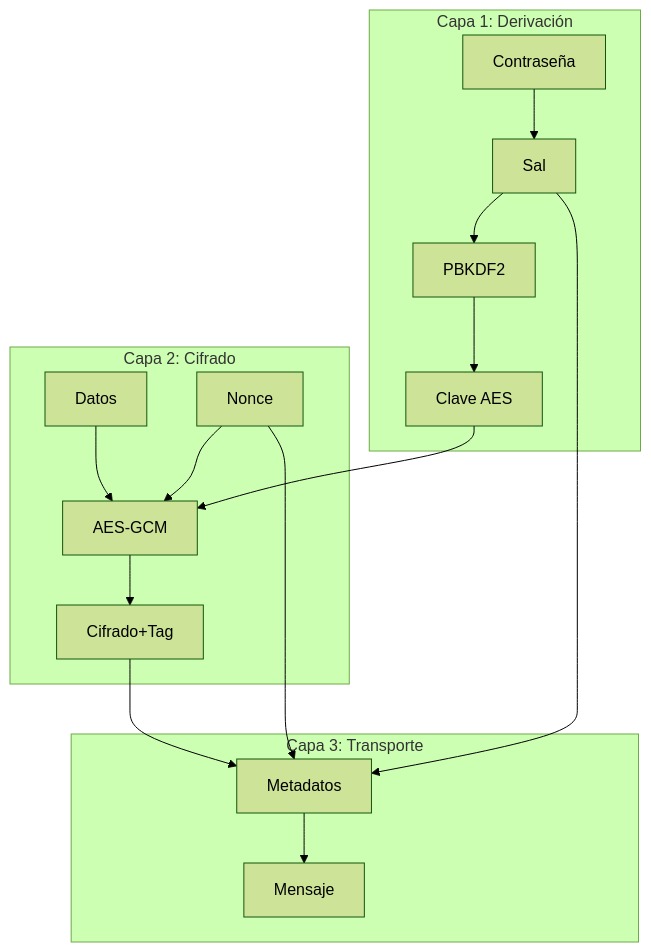
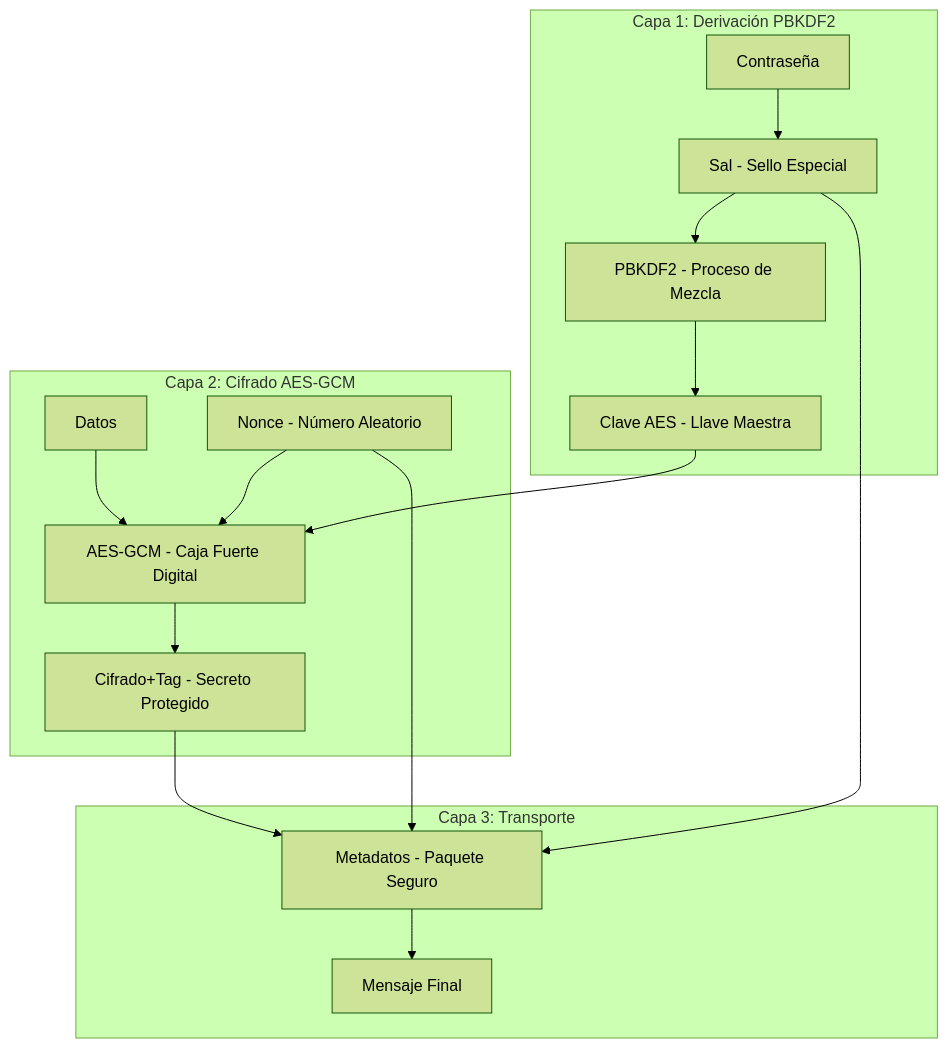
One commit to infantesromeroadrian/Encryption-CAOS-V4-Algorithms changed the first of 7 diagrams in docs/CAOS_V4_Diagrams.md. Above: the diagram before and after it, drawn with Mermaid (forest theme). The commit also changed other lines of this file and 123 other files, not shown here.

````diff
--- a/docs/CAOS_V4_Diagrams.md
+++ b/docs/CAOS_V4_Diagrams.md
@@ -7,22 +5,22 @@
 ```mermaid
 flowchart TD
-    subgraph "Capa 1: Derivación"
-        A[Contraseña] --> B[Sal]
-        B --> C[PBKDF2]
-        C --> D[Clave AES]
+    subgraph "Capa 1: Derivación PBKDF2"
+        A[Contraseña] --> B[Sal - Sello Especial]
+        B --> C[PBKDF2 - Proceso de Mezcla]
+        C --> D[Clave AES - Llave Maestra]
     end
     
-    subgraph "Capa 2: Cifrado"
-        E[Datos] --> F[AES-GCM]
+    subgraph "Capa 2: Cifrado AES-GCM"
+        E[Datos] --> F[AES-GCM - Caja Fuerte Digital]
         D --> F
-        G[Nonce] --> F
-        F --> H[Cifrado+Tag]
+        G[Nonce - Número Aleatorio] --> F
+        F --> H[Cifrado+Tag - Secreto Protegido]
     end
     
     subgraph "Capa 3: Transporte"
-        B --> I[Metadatos]
+        B --> I[Metadatos - Paquete Seguro]
         G --> I
         H --> I
-        I --> J[Mensaje]
+        I --> J[Mensaje Final]
     end
 ```
````
